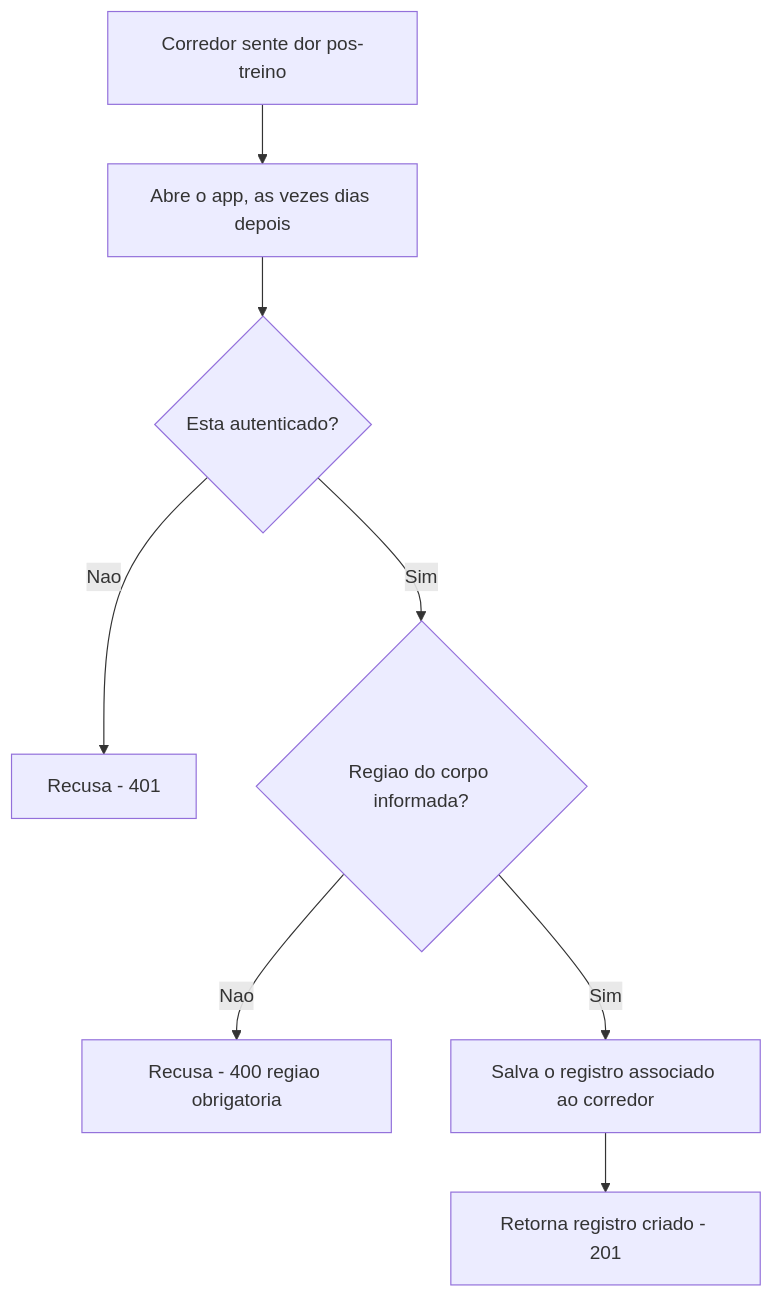
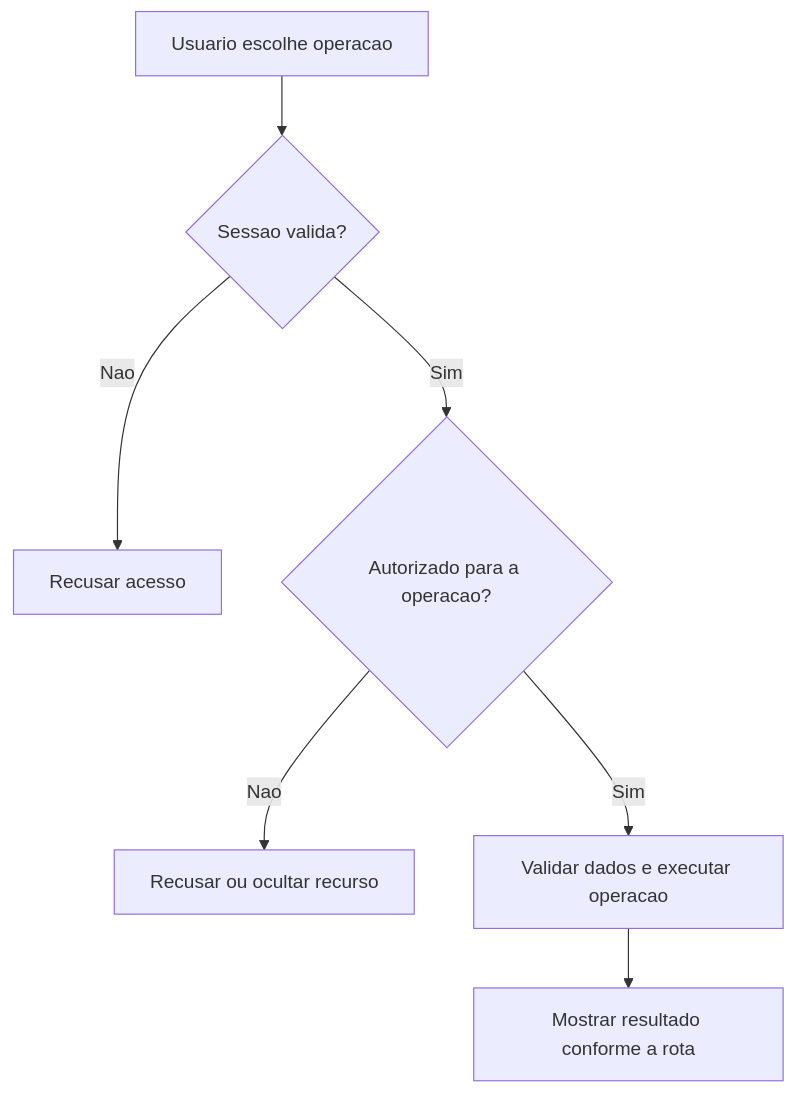
One commit to JoaoFPedro/steady-ia changed the second of 3 diagrams in DocumentAIReadme/Steady.Api/BusinessRulesDocs/Registro-de-Dor-Treino-Dor-Rules.md. Above: the diagram before and after it, drawn with Mermaid. The commit also changed other lines of this file and 318 other files, not shown here.

````diff
--- a/DocumentAIReadme/Steady.Api/BusinessRulesDocs/Registro-de-Dor-Treino-Dor-Rules.md
+++ b/DocumentAIReadme/Steady.Api/BusinessRulesDocs/Registro-de-Dor-Treino-Dor-Rules.md
@@ -86,10 +98,9 @@
 ```mermaid
 flowchart TD
-    A[Corredor sente dor pos-treino] --> B[Abre o app, as vezes dias depois]
-    B --> C{Esta autenticado?}
-    C -->|Nao| D[Recusa - 401]
-    C -->|Sim| E{Regiao do corpo informada?}
-    E -->|Nao| F[Recusa - 400 regiao obrigatoria]
-    E -->|Sim| G[Salva o registro associado ao corredor]
-    G --> H[Retorna registro criado - 201]
+    A[Usuario escolhe operacao] --> B{Sessao valida?}
+    B -->|Nao| C[Recusar acesso]
+    B -->|Sim| D{Autorizado para a operacao?}
+    D -->|Nao| E[Recusar ou ocultar recurso]
+    D -->|Sim| F[Validar dados e executar operacao]
+    F --> G[Mostrar resultado conforme a rota]
 ```
````
